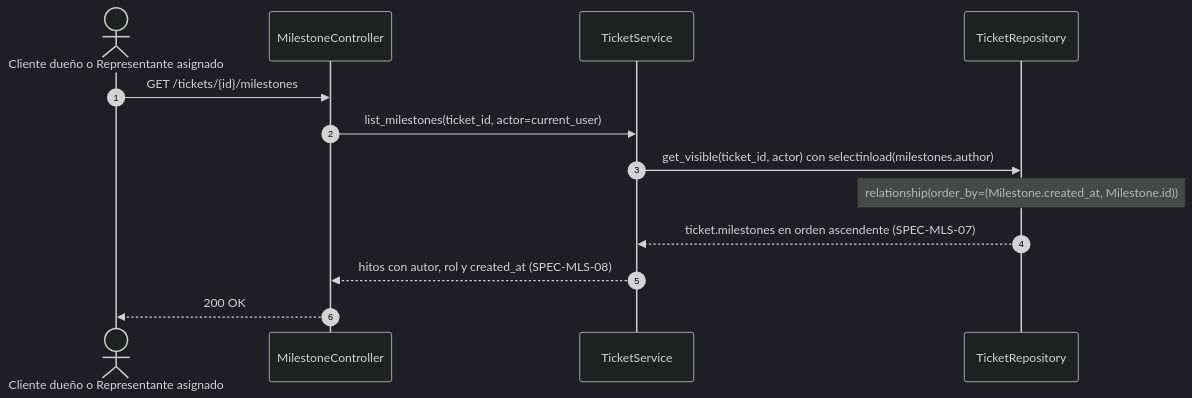
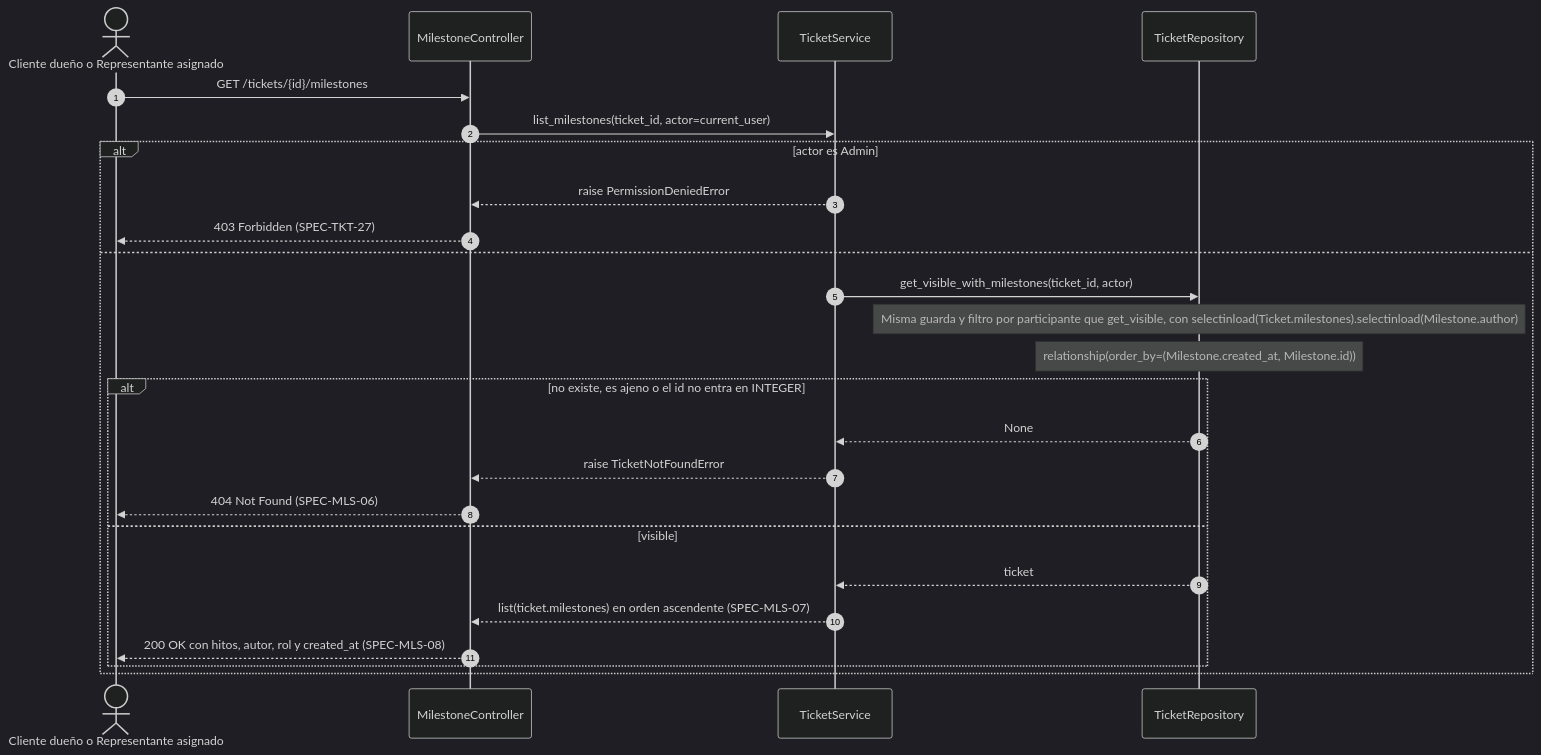
The third of 4 diagrams in diagrams/sequences/05-milestones.md (Diazfe-dev/AyED-III-python-ticket-service), drawn with Mermaid (dark theme) before and after one commit. The commit also changed other lines of this file and 5 other files, not shown here.

First line of the commit message:
docs(milestone): sync diagrams, AGENTS.md and MEMORY.md

````diff
--- a/diagrams/sequences/05-milestones.md
+++ b/diagrams/sequences/05-milestones.md
@@ -85,16 +116,28 @@
 ```mermaid
 sequenceDiagram
     autonumber
     actor U as Cliente dueño o Representante asignado
     participant MC as MilestoneController
     participant TS as TicketService
     participant TR as TicketRepository
 
     U->>MC: GET /tickets/{id}/milestones
     MC->>TS: list_milestones(ticket_id, actor=current_user)
-    TS->>TR: get_visible(ticket_id, actor) con selectinload(milestones.author)
-    Note over TR: relationship(order_by=(Milestone.created_at, Milestone.id))
-    TR-->>TS: ticket.milestones en orden ascendente (SPEC-MLS-07)
-    TS-->>MC: hitos con autor, rol y created_at (SPEC-MLS-08)
-    MC-->>U: 200 OK
+    alt actor es Admin
+        TS-->>MC: raise PermissionDeniedError
+        MC-->>U: 403 Forbidden (SPEC-TKT-27)
+    else
+        TS->>TR: get_visible_with_milestones(ticket_id, actor)
+        Note over TR: Misma guarda y filtro por participante que get_visible, con selectinload(Ticket.milestones).selectinload(Milestone.author)
+        Note over TR: relationship(order_by=(Milestone.created_at, Milestone.id))
+        alt no existe, es ajeno o el id no entra en INTEGER
+            TR-->>TS: None
+            TS-->>MC: raise TicketNotFoundError
+            MC-->>U: 404 Not Found (SPEC-MLS-06)
+        else visible
+            TR-->>TS: ticket
+            TS-->>MC: list(ticket.milestones) en orden ascendente (SPEC-MLS-07)
+            MC-->>U: 200 OK con hitos, autor, rol y created_at (SPEC-MLS-08)
+        end
+    end
 ```
````
